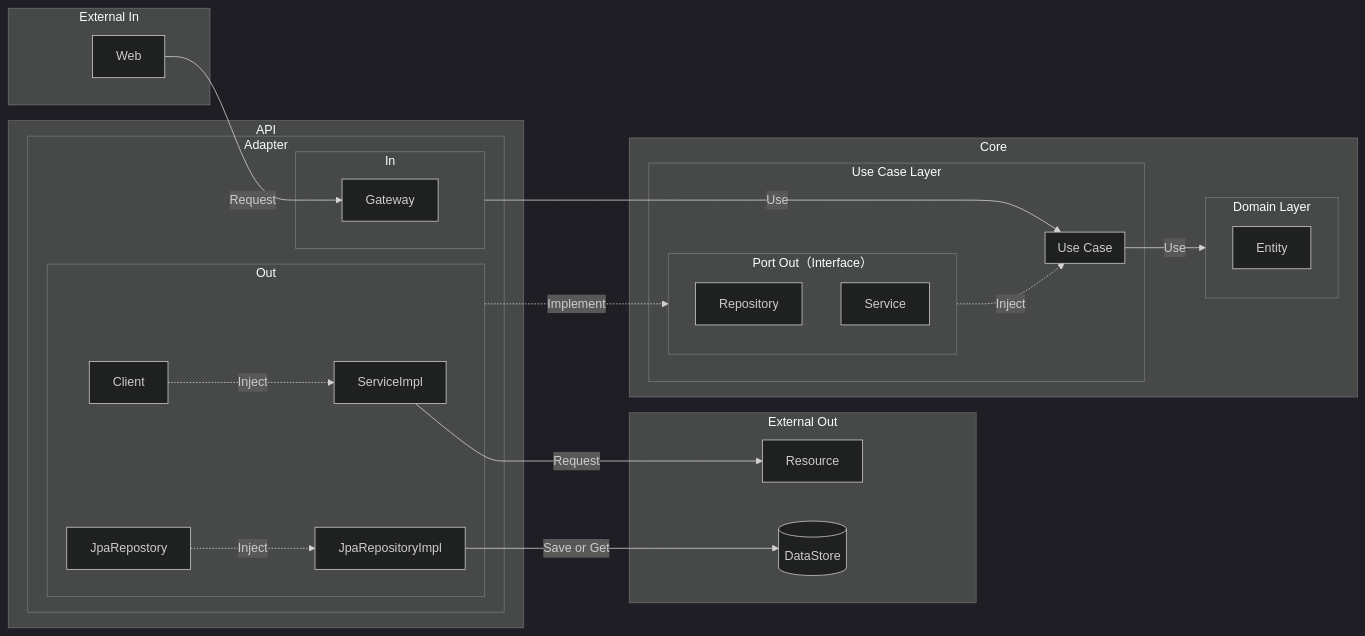
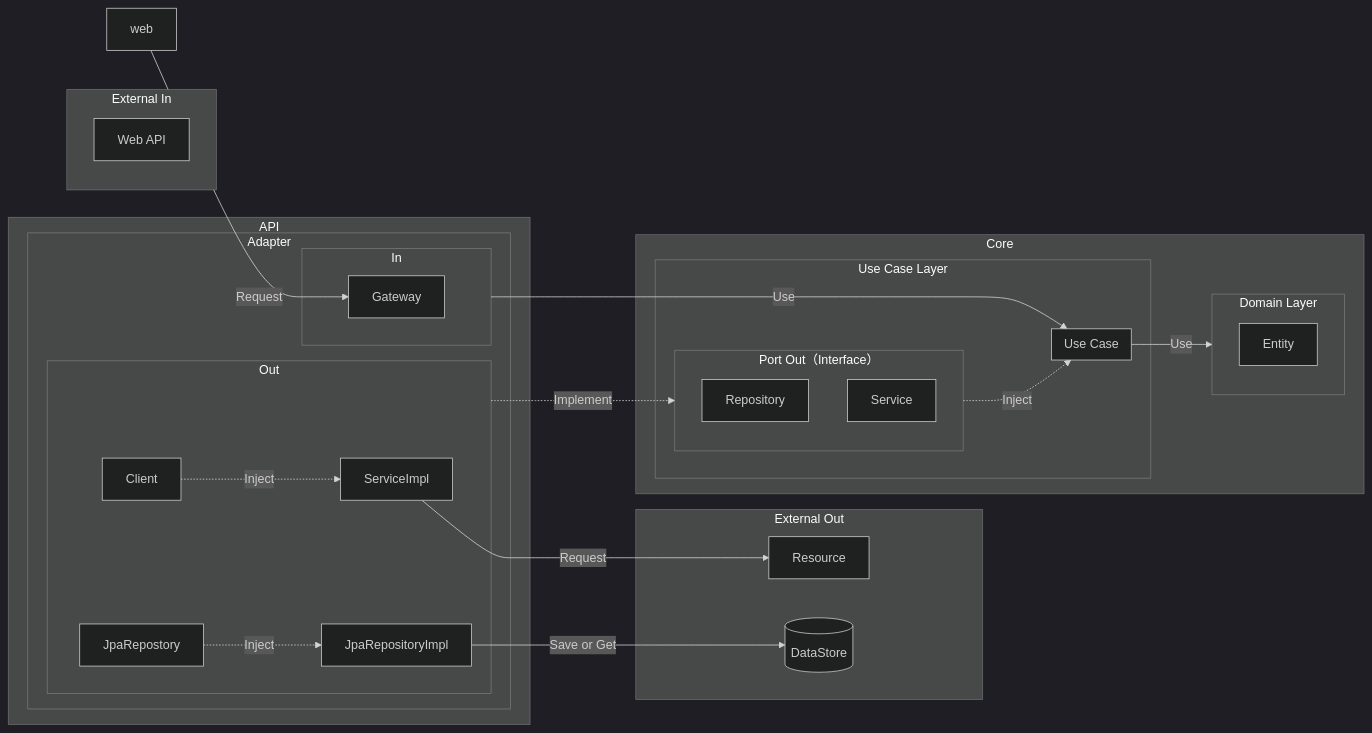
One commit to axuanhogan/clean-architecture-implementation changed the diagram in README.md. Above: the diagram before and after it, drawn with Mermaid (dark theme).

````diff
--- a/README.md
+++ b/README.md
@@ -10,52 +10,52 @@
 ```mermaid
 graph LR
 		
 	subgraph External Out
 		resource[Resource]
 		data-store[(DataStore)]
 	end
 		
 	subgraph External In
-		web[Web]
+		web-api[Web API]
 	end
 	
 	subgraph api[API]
         subgraph adapter[Adapter]
             subgraph adapter-in[In]
                 adapter-in-gateway[Gateway]
             end
             subgraph adapter-out[Out]
                 adapter-out-service-impl[ServiceImpl]
                 adapter-out-jpa-repo-impl[JpaRepositoryImpl]
                 adapter-out-client[Client]
                 adapter-out-jpa-repo[JpaRepostory]
             end
         end
     end
 	
 	subgraph core[Core]
 		subgraph domain-layer[Domain Layer]
 			Entity
 		end
 		subgraph use-case-layer[Use Case Layer]
             subgraph port-out[Port Out（Interface）]
                 port-out-repo[Repository]
                 port-out-service[Service]
             end
             subgraph use-case[Use Case]
             end
 		end
 	end
 	
 	web -- Request --> adapter-in-gateway
 	
 	adapter-in -- Use --> use-case
 	use-case -- Use --> domain-layer
 	adapter-out-client -. Inject .-> adapter-out-service-impl
 	adapter-out-jpa-repo -. Inject .-> adapter-out-jpa-repo-impl
 	adapter-out -. Implement .-> port-out
 	port-out -. Inject .-> use-case
 	
 	adapter-out-jpa-repo-impl -- Save or Get --> data-store
 	adapter-out-service-impl -- Request --> resource
 ```
````
